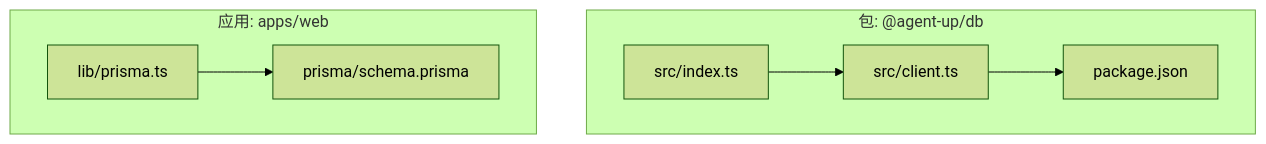
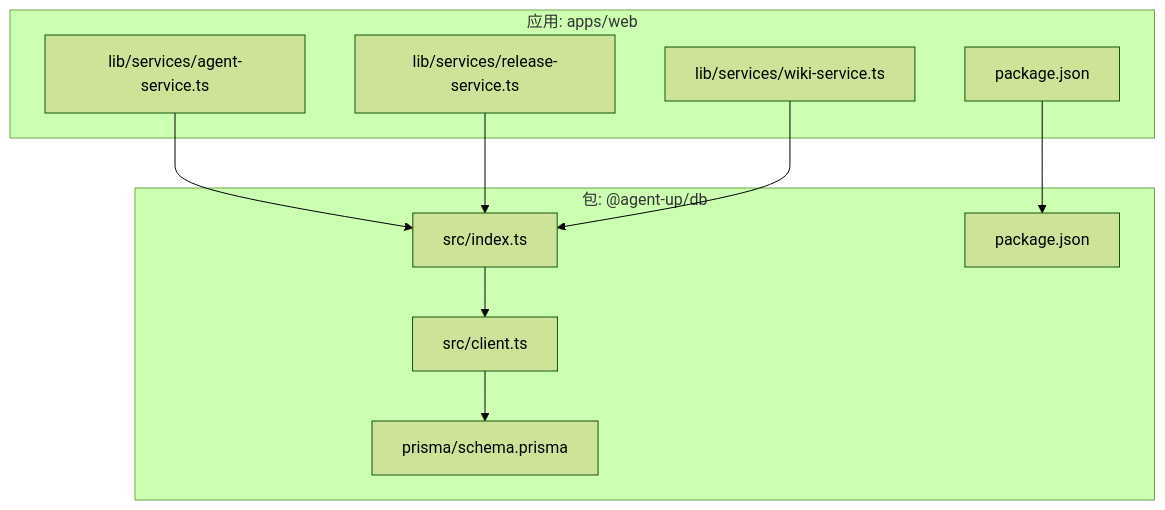
Before and after one commit to ai-guru-global/agent-up: the first of 4 diagrams in .qoder/repowiki/zh/content/共享包开发/Database Utilities 包.md, drawn with Mermaid (forest theme). The commit also changed other lines of this file and 57 other files, not shown here.

````diff
--- a/.qoder/repowiki/zh/content/共享包开发/Database Utilities 包.md
+++ b/.qoder/repowiki/zh/content/共享包开发/Database Utilities 包.md
@@ -49,15 +58,21 @@
 ```mermaid
 graph TB
 subgraph "包: @agent-up/db"
 DBIndex["src/index.ts"]
 DBClient["src/client.ts"]
+DBSchema["prisma/schema.prisma"]
 DBPkg["package.json"]
 end
 subgraph "应用: apps/web"
-WebPrisma["lib/prisma.ts"]
-Schema["prisma/schema.prisma"]
+AgentService["lib/services/agent-service.ts"]
+ReleaseService["lib/services/release-service.ts"]
+WikiService["lib/services/wiki-service.ts"]
+WebPkg["package.json"]
 end
 DBIndex --> DBClient
-DBClient --> DBPkg
-WebPrisma --> Schema
+DBClient --> DBSchema
+AgentService --> DBIndex
+ReleaseService --> DBIndex
+WikiService --> DBIndex
+WebPkg --> DBPkg
 ```
````
